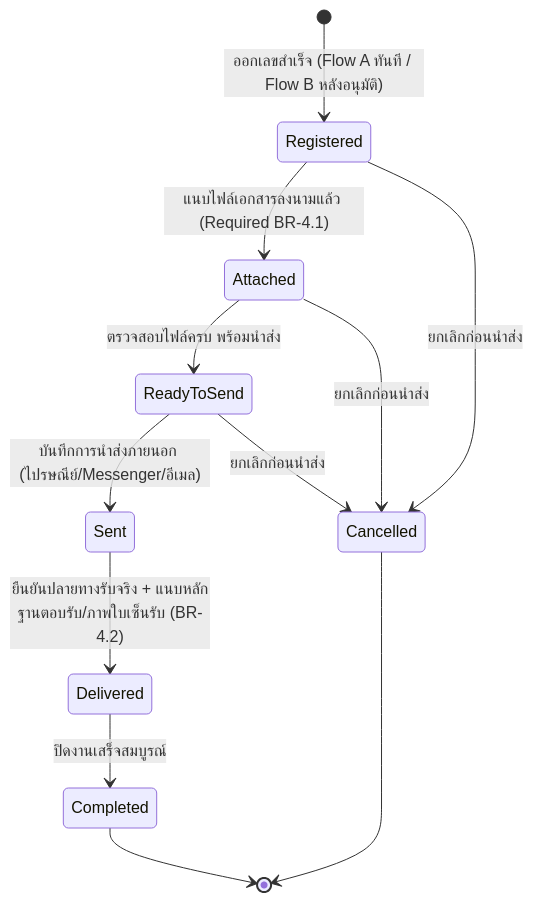
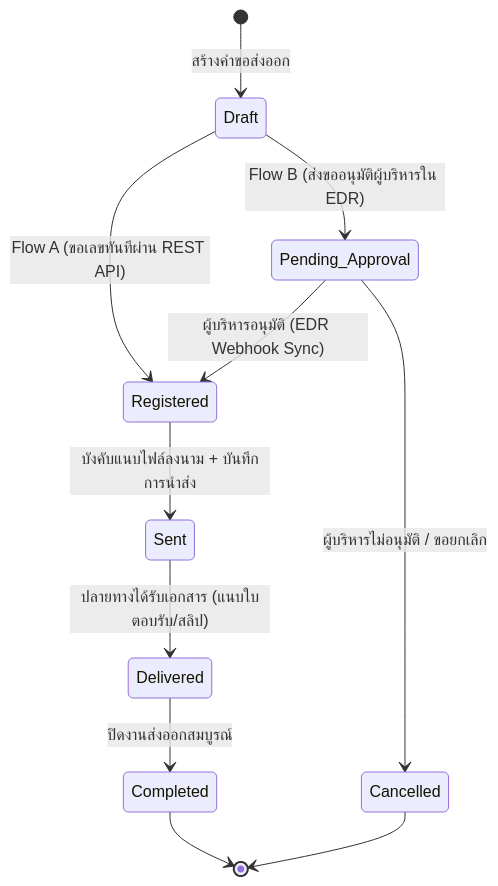
Before and after one commit to Nineteens19/DVS_Correspondence_system: the tenth of 14 diagrams in P2026-DVS_Correspondence_System_Consolidated_SRS_Analysis.md, drawn with Mermaid. The commit also changed other lines of this file and 12 other files, not shown here.

Commit message:
docs: restructure consolidated SRS to strict Deves BA standard, add system columns and sequence differences

````diff
--- a/P2026-DVS_Correspondence_System_Consolidated_SRS_Analysis.md
+++ b/P2026-DVS_Correspondence_System_Consolidated_SRS_Analysis.md
@@ -636,14 +562,13 @@
 ```mermaid
 stateDiagram-v2
-    [*] --> Registered : ออกเลขสำเร็จ (Flow A ทันที / Flow B หลังอนุมัติ)
-    Registered --> Attached : แนบไฟล์เอกสารลงนามแล้ว (Required BR-4.1)
-    Attached --> ReadyToSend : ตรวจสอบไฟล์ครบ พร้อมนำส่ง
-    ReadyToSend --> Sent : บันทึกการนำส่งภายนอก (ไปรษณีย์/Messenger/อีเมล)
-    Sent --> Delivered : ยืนยันปลายทางรับจริง + แนบหลักฐานตอบรับ/ภาพใบเซ็นรับ (BR-4.2)
-    Delivered --> Completed : ปิดงานเสร็จสมบูรณ์
-    Registered --> Cancelled : ยกเลิกก่อนนำส่ง
-    Attached --> Cancelled : ยกเลิกก่อนนำส่ง
-    ReadyToSend --> Cancelled : ยกเลิกก่อนนำส่ง
+    [*] --> Draft: สร้างคำขอส่งออก
+    Draft --> Registered: Flow A (ขอเลขทันทีผ่าน REST API)
+    Draft --> Pending_Approval: Flow B (ส่งขออนุมัติผู้บริหารใน EDR)
+    Pending_Approval --> Registered: ผู้บริหารอนุมัติ (EDR Webhook Sync)
+    Pending_Approval --> Cancelled: ผู้บริหารไม่อนุมัติ / ขอยกเลิก
+    Registered --> Sent: บังคับแนบไฟล์ลงนาม + บันทึกการนำส่ง
+    Sent --> Delivered: ปลายทางได้รับเอกสาร (แนบใบตอบรับ/สลิป)
+    Delivered --> Completed: ปิดงานส่งออกสมบูรณ์
     Completed --> [*]
     Cancelled --> [*]
 ```
````
